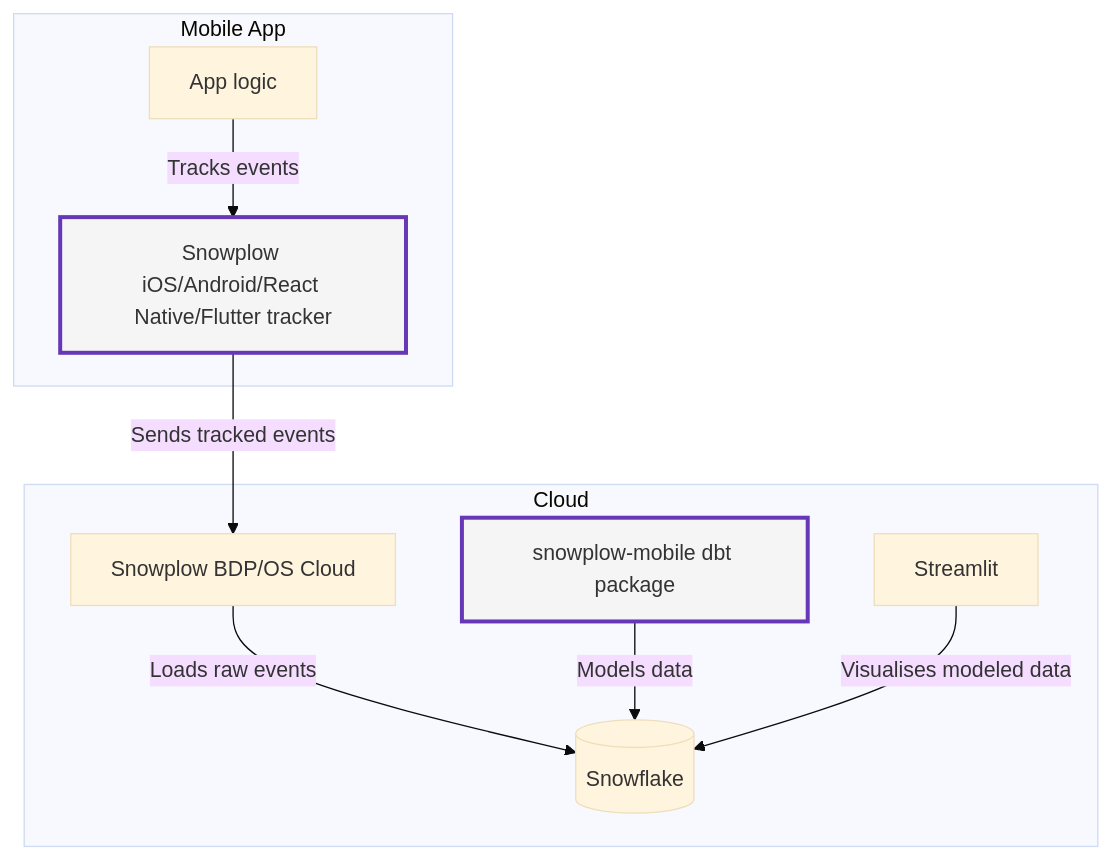
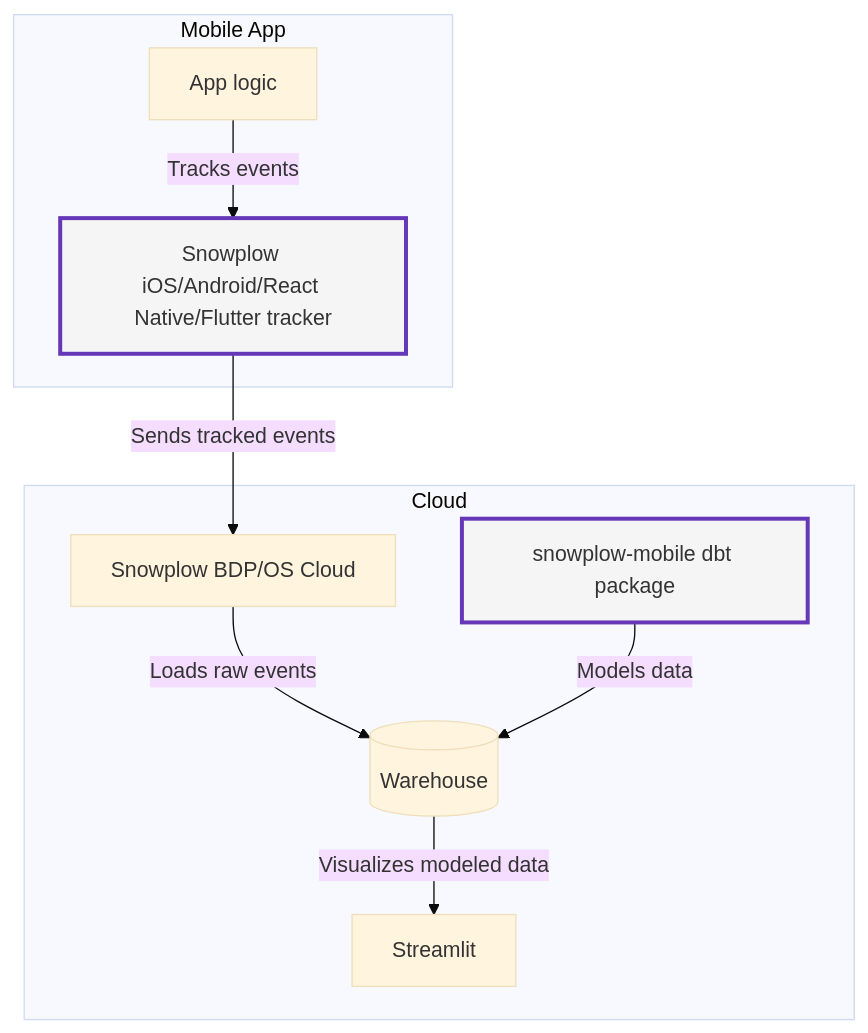
Before and after one commit to snowplow-incubator/data-product-accelerators: the second of 2 diagrams in content/mobile/_index.md, drawn with Mermaid (base theme). The commit also changed other lines of this file and 306 other files, not shown here.

```diff
--- a/content/mobile/_index.md
+++ b/content/mobile/_index.md
@@ -33,30 +96,30 @@
 {{<mermaid>}}
 flowchart TB
 
 subgraph mobileApp[Mobile App]
     appCode[App logic]
     tracker[Snowplow iOS/Android/React Native/Flutter tracker]
 
     appCode -- "Tracks events" --> tracker
 
     style tracker fill:#f5f5f5,stroke:#6638B8,stroke-width:3px
     click tracker "https://docs.snowplow.io/docs/collecting-data/collecting-from-own-applications/mobile-trackers/installation-and-set-up/" "Open tracker docs" _blank
 end
 
 subgraph cloud[Cloud]
     snowplow[Snowplow BDP/OS Cloud]
-    snowflake[(Snowflake)]
+    warehouse[(Warehouse)]
     dbt[snowplow-mobile dbt package]
     streamlit[Streamlit]
 
-    snowplow -- "Loads raw events" --> snowflake
-    dbt -- "Models data" --> snowflake
-    streamlit -- "Visualises modeled data" --> snowflake
+    snowplow -- "Loads raw events" --> warehouse
+    dbt -- "Models data" --> warehouse
+    warehouse -- "Visualizes modeled data" --> streamlit
 
     style dbt fill:#f5f5f5,stroke:#6638B8,stroke-width:3px
     click dbt "https://docs.snowplowanalytics.com/docs/modeling-your-data/the-snowplow-mobile-data-model/dbt-mobile-data-model/" "Open dbt package" _blank
     click snowplow "https://snowplow.io/snowplow-bdp/" "Snowplow BDP" _blank
 end
 
 tracker -- "Sends tracked events" --> snowplow
 {{</mermaid>}}
```
